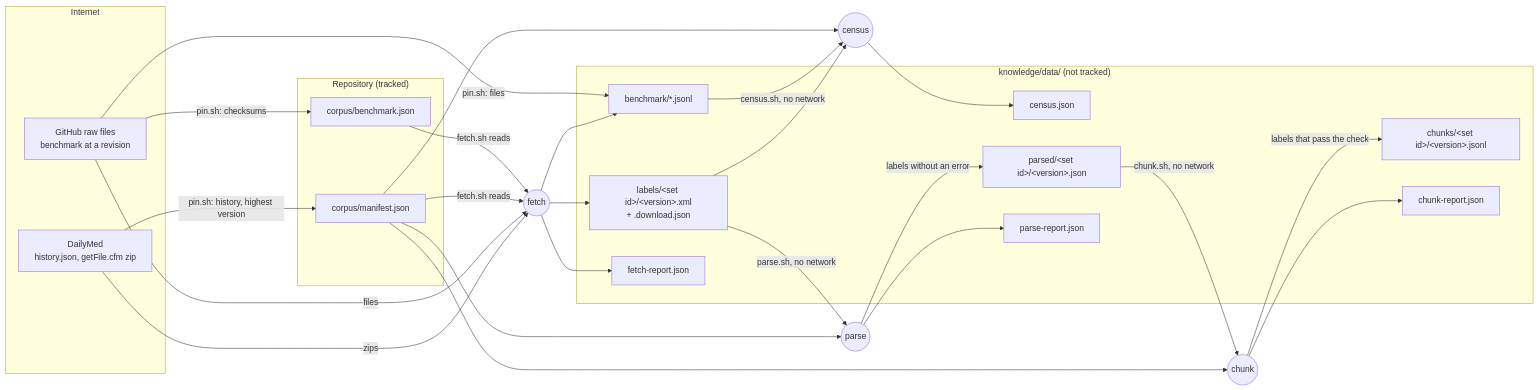
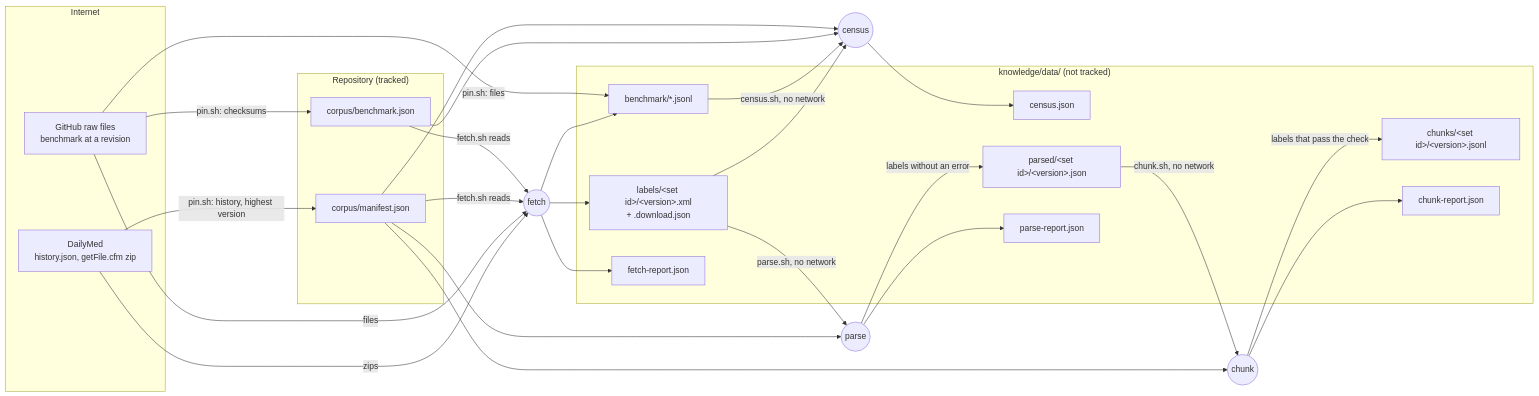
One commit to AndrewPHunter/ai-on-aws changed the first of 5 diagrams in docs/architecture/knowledge.md. Above: the diagram before and after it, drawn with Mermaid. The commit also changed other lines of this file and 17 other files, not shown here.

````diff
--- a/docs/architecture/knowledge.md
+++ b/docs/architecture/knowledge.md
@@ -45,43 +49,44 @@
 ```mermaid
 flowchart LR
     subgraph Internet
         GH["GitHub raw files<br/>benchmark at a revision"]
         DM["DailyMed<br/>history.json, getFile.cfm zip"]
     end
     subgraph Repository["Repository (tracked)"]
         P["corpus/benchmark.json"]
         M["corpus/manifest.json"]
     end
     subgraph Data["knowledge/data/ (not tracked)"]
         B["benchmark/*.jsonl"]
         L["labels/&lt;set id&gt;/&lt;version&gt;.xml<br/>+ .download.json"]
         FR["fetch-report.json"]
         C["census.json"]
         PD["parsed/&lt;set id&gt;/&lt;version&gt;.json"]
         PR["parse-report.json"]
         CK["chunks/&lt;set id&gt;/&lt;version&gt;.jsonl"]
         CR["chunk-report.json"]
     end
     GH -- "pin.sh: files" --> B
     GH -- "pin.sh: checksums" --> P
     DM -- "pin.sh: history, highest version" --> M
     P -- "fetch.sh reads" --> F(("fetch"))
     M -- "fetch.sh reads" --> F
     GH -- "files" --> F
     DM -- "zips" --> F
     F --> B
     F --> L
     F --> FR
     B -- "census.sh, no network" --> CE(("census"))
     L --> CE
     M --> CE
+    P --> CE
     CE --> C
     L -- "parse.sh, no network" --> PA(("parse"))
     M --> PA
     PA -- "labels without an error" --> PD
     PA --> PR
     PD -- "chunk.sh, no network" --> CH(("chunk"))
     M --> CH
     CH -- "labels that pass the check" --> CK
     CH --> CR
 ```
````
